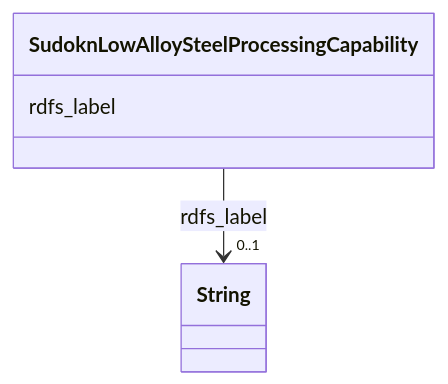
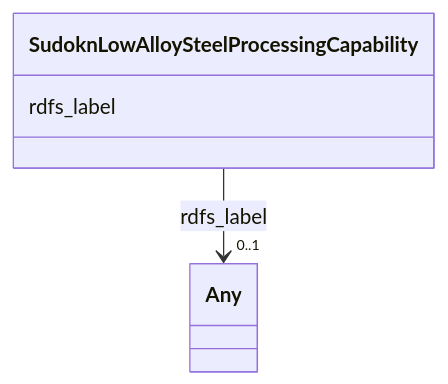
One commit to frink-okn/graph-descriptions changed the diagram in sudokn-kg/classes/SudoknLowAlloySteelProcessingCapability.md. Above: the diagram before and after it, drawn with Mermaid. The commit also changed other lines of this file and 903 other files, not shown here.

````diff
--- a/sudokn-kg/classes/SudoknLowAlloySteelProcessingCapability.md
+++ b/sudokn-kg/classes/SudoknLowAlloySteelProcessingCapability.md
@@ -23,15 +18,15 @@
 ```mermaid
  classDiagram
     class SudoknLowAlloySteelProcessingCapability
     click SudoknLowAlloySteelProcessingCapability href "../SudoknLowAlloySteelProcessingCapability"
       SudoknLowAlloySteelProcessingCapability : rdfs_label
         
           
     
     
-    SudoknLowAlloySteelProcessingCapability --> "0..1" String : rdfs_label
-    click String href "../String"
+    SudoknLowAlloySteelProcessingCapability --> "0..1" Any : rdfs_label
+    click Any href "../Any"
 
         
       
 ```
````
